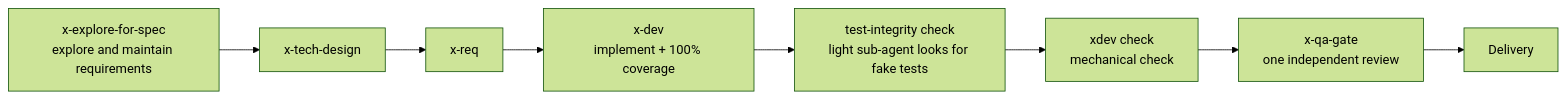
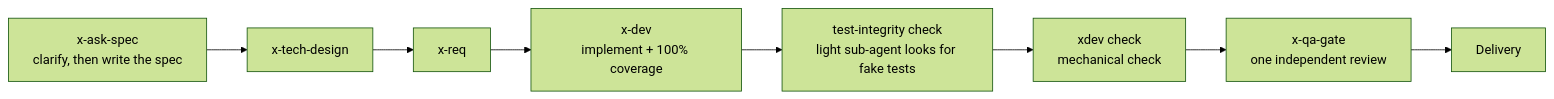
One commit to KtKID/x-dev-pipeline changed the diagram in README.md. Above: the diagram before and after it, drawn with Mermaid (forest theme). The commit also changed other lines of this file and 84 other files, not shown here.

First line of the commit message:
x-explore-for-spec 改名 x-ask-spec：先问清需求再写 spec，一期最多 5 个 feat

````diff
--- a/README.md
+++ b/README.md
@@ -24,10 +24,10 @@
 ```mermaid
 flowchart LR
-    A["x-explore-for-spec<br/>explore and maintain requirements"] --> B["x-tech-design"]
+    A["x-ask-spec<br/>clarify, then write the spec"] --> B["x-tech-design"]
     B --> C["x-req"]
     C --> D["x-dev<br/>implement + 100% coverage"]
     D --> I["test-integrity check<br/>light sub-agent looks for fake tests"]
     I --> E["xdev check<br/>mechanical check"]
     E --> F["x-qa-gate<br/>one independent review"]
     F --> G["Delivery"]
 ```
````
